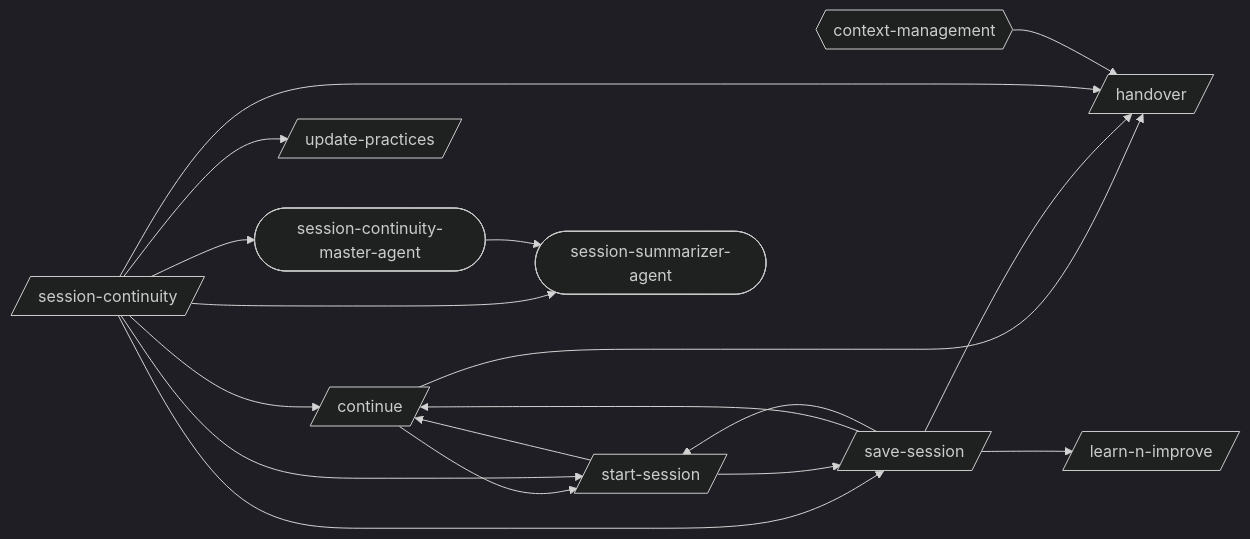
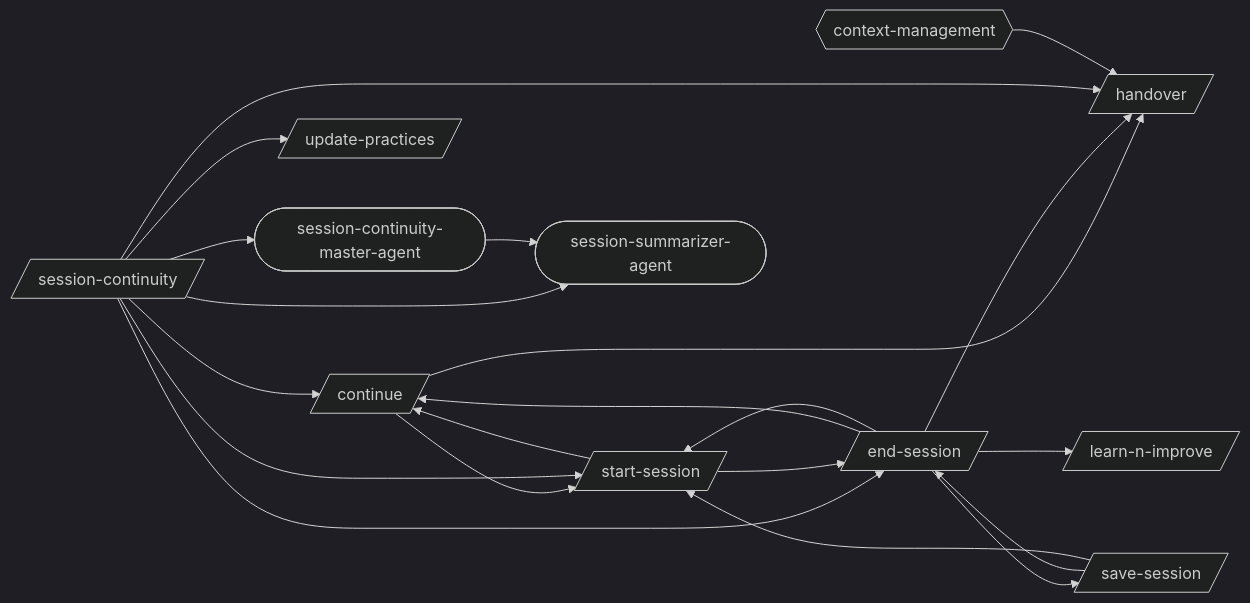
One commit to abhayla/claude-best-practices changed the first of 12 diagrams in docs/workflows/session-continuity.md. Above: the diagram before and after it, drawn with Mermaid (dark theme). The commit also changed other lines of this file and 32 other files, not shown here.

````diff
--- a/docs/workflows/session-continuity.md
+++ b/docs/workflows/session-continuity.md
@@ -9,30 +9,34 @@
 ```mermaid
 graph LR
     continue[/continue/]
+    end_session[/end-session/]
     handover[/handover/]
     learn_n_improve[/learn-n-improve/]
     save_session[/save-session/]
     session_continuity[/session-continuity/]
     start_session[/start-session/]
     update_practices[/update-practices/]
     session_continuity_master_agent([session-continuity-master-agent])
     session_summarizer_agent([session-summarizer-agent])
     context_management{{context-management}}
     continue --> handover
     continue --> start_session
-    save_session --> continue
-    save_session --> handover
-    save_session --> learn_n_improve
+    end_session --> continue
+    end_session --> handover
+    end_session --> learn_n_improve
+    end_session --> save_session
+    end_session --> start_session
+    save_session --> end_session
     save_session --> start_session
     session_continuity --> continue
+    session_continuity --> end_session
     session_continuity --> handover
-    session_continuity --> save_session
     session_continuity --> start_session
     session_continuity --> update_practices
     session_continuity --> session_continuity_master_agent
     session_continuity --> session_summarizer_agent
     start_session --> continue
-    start_session --> save_session
+    start_session --> end_session
     session_continuity_master_agent --> session_summarizer_agent
     context_management --> handover
 ```
````
